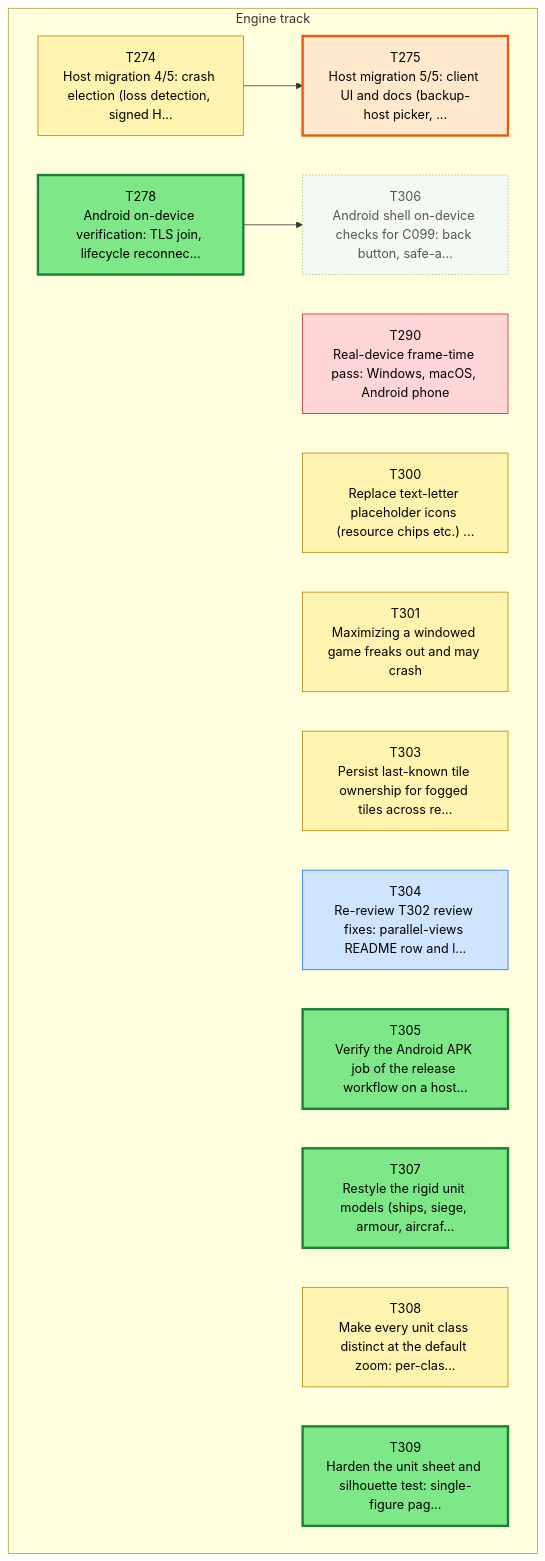
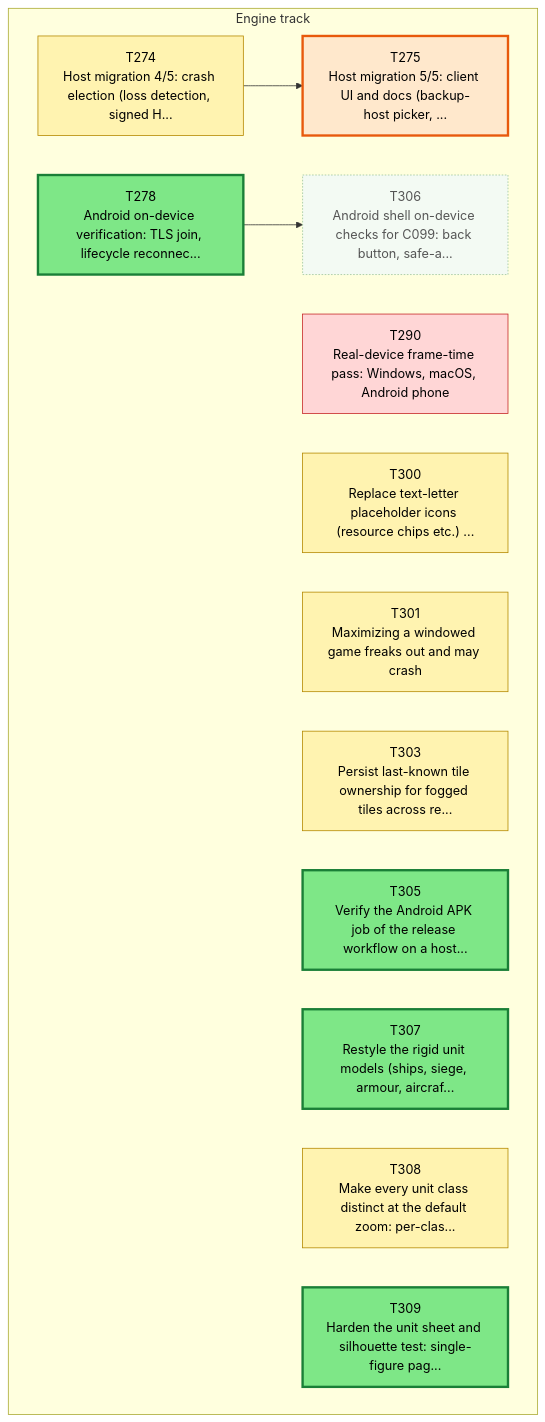
The first of 3 diagrams in csharp/migration/DEPENDENCY_MAP.md (Kenmura/Unciv), drawn with Mermaid before and after one commit. The commit also changed other lines of this file and 1 other file, not shown here.

Commit message:
migration: review T304 pass [Claude]

````diff
--- a/csharp/migration/DEPENDENCY_MAP.md
+++ b/csharp/migration/DEPENDENCY_MAP.md
@@ -35,40 +35,38 @@
 ```mermaid
 flowchart TD
   subgraph TTRACK["Engine track"]
     T274["T274<br/>Host migration 4/5: crash election (loss detection, signed H..."]
     T275["T275<br/>Host migration 5/5: client UI and docs (backup-host picker, ..."]
     T278["T278<br/>Android on-device verification: TLS join, lifecycle reconnec..."]
     T290["T290<br/>Real-device frame-time pass: Windows, macOS, Android phone"]
     T300["T300<br/>Replace text-letter placeholder icons (resource chips etc.) ..."]
     T301["T301<br/>Maximizing a windowed game freaks out and may crash"]
     T303["T303<br/>Persist last-known tile ownership for fogged tiles across re..."]
-    T304["T304<br/>Re-review T302 review fixes: parallel-views README row and l..."]
     T305["T305<br/>Verify the Android APK job of the release workflow on a host..."]
     T306["T306<br/>Android shell on-device checks for C099: back button, safe-a..."]
     T307["T307<br/>Restyle the rigid unit models (ships, siege, armour, aircraf..."]
     T308["T308<br/>Make every unit class distinct at the default zoom: per-clas..."]
     T309["T309<br/>Harden the unit sheet and silhouette test: single-figure pag..."]
   end
   T274 --> T275
   T278 --> T306
   classDef waiting fill:#f3faf3,stroke:#9bc49b,color:#555,stroke-dasharray:2 2
   classDef ondeck fill:#ffe8cc,stroke:#e8590c,stroke-width:3px,color:#000
   classDef ready fill:#7ee787,stroke:#1a7f37,stroke-width:3px,color:#000
   classDef prog fill:#fff3b0,stroke:#b58900,color:#000
   classDef review fill:#cfe4ff,stroke:#1f6feb,color:#000
   classDef blocked fill:#ffd6d6,stroke:#c62828,color:#000
   classDef done fill:#eeeeee,stroke:#999999,color:#666,stroke-dasharray:4 3
   class T274 prog
   class T275 ondeck
   class T278 ready
   class T290 blocked
   class T300 prog
   class T301 prog
   class T303 prog
-  class T304 review
   class T305 ready
   class T306 waiting
   class T307 ready
   class T308 prog
   class T309 ready
 ```
````
